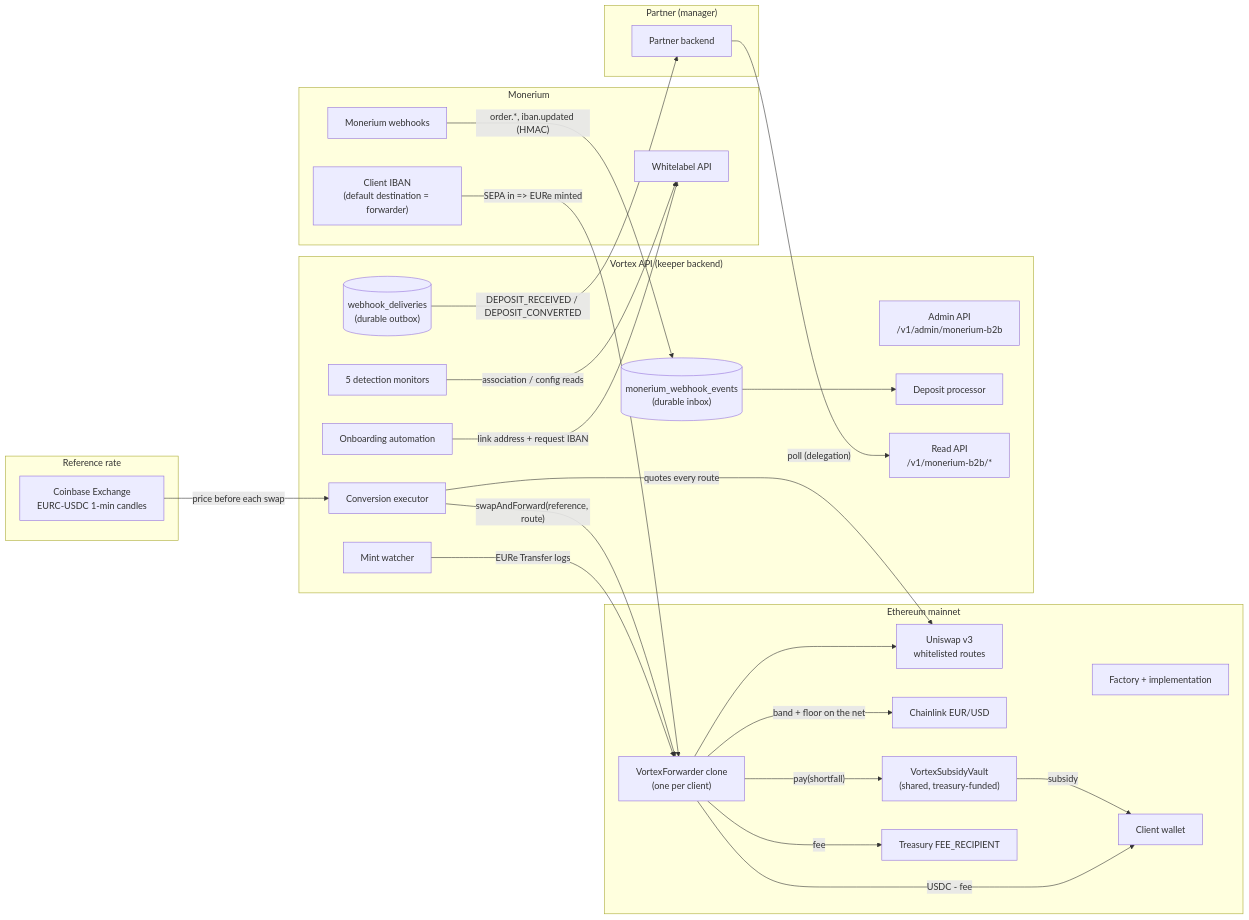
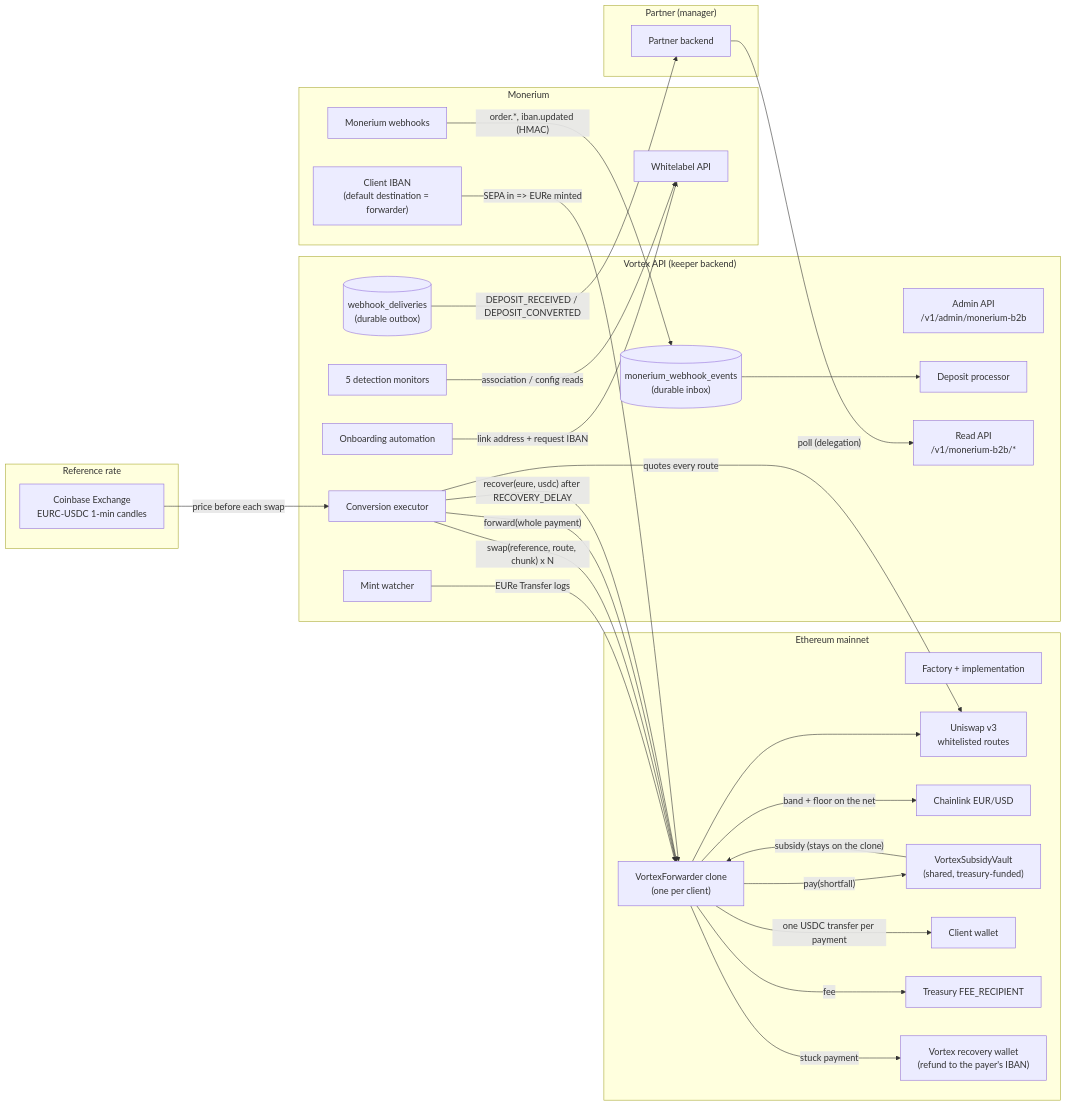
Before and after one commit to pendulum-chain/vortex: the first of 8 diagrams in docs/architecture-monerium-b2b-onramp.md, drawn with Mermaid. The commit also changed other lines of this file and 8 other files, not shown here.

First line of the commit message:
docs(repo): document whole-deposit settlement and the refund path

````diff
--- a/docs/architecture-monerium-b2b-onramp.md
+++ b/docs/architecture-monerium-b2b-onramp.md
@@ -37,56 +41,60 @@
 ```mermaid
 flowchart LR
     subgraph Partner["Partner (manager)"]
         PAPI[Partner backend]
     end
 
     subgraph Monerium
         IBAN["Client IBAN\n(default destination = forwarder)"]
         MAPI[Whitelabel API]
         MWH[Monerium webhooks]
     end
 
     subgraph Chain["Ethereum mainnet"]
         FWD["VortexForwarder clone\n(one per client)"]
         FACT[Factory + implementation]
         UNI[Uniswap v3\nwhitelisted routes]
         LINK[Chainlink EUR/USD]
         VAULT["VortexSubsidyVault\n(shared, treasury-funded)"]
         DEST[Client wallet]
         TREAS[Treasury FEE_RECIPIENT]
+        RECOV["Vortex recovery wallet\n(refund to the payer's IBAN)"]
     end
 
     subgraph Reference["Reference rate"]
         CB[Coinbase Exchange\nEURC-USDC 1-min candles]
     end
 
     subgraph Vortex["Vortex API (keeper backend)"]
         ADM["Admin API\n/v1/admin/monerium-b2b"]
         INBOX[("monerium_webhook_events\n(durable inbox)")]
         DP[Deposit processor]
         MW[Mint watcher]
         CE[Conversion executor]
         ONB[Onboarding automation]
         MONI[5 detection monitors]
         OUTBOX[("webhook_deliveries\n(durable outbox)")]
         READ["Read API\n/v1/monerium-b2b/*"]
     end
 
     IBAN -- "SEPA in => EURe minted" --> FWD
     MWH -- "order.*, iban.updated (HMAC)" --> INBOX
     INBOX --> DP
     MW -- "EURe Transfer logs" --> FWD
     CB -- "price before each swap" --> CE
     CE -- "quotes every route" --> UNI
-    CE -- "swapAndForward(reference, route)" --> FWD
+    CE -- "swap(reference, route, chunk) x N" --> FWD
+    CE -- "forward(whole payment)" --> FWD
+    CE -- "recover(eure, usdc) after RECOVERY_DELAY" --> FWD
     FWD --> UNI
     FWD -- "band + floor on the net" --> LINK
-    FWD -- "USDC - fee" --> DEST
+    FWD -- "one USDC transfer per payment" --> DEST
     FWD -- fee --> TREAS
     FWD -- "pay(shortfall)" --> VAULT
-    VAULT -- subsidy --> DEST
+    VAULT -- "subsidy (stays on the clone)" --> FWD
+    FWD -- "stuck payment" --> RECOV
     ONB -- "link address + request IBAN" --> MAPI
     MONI -- "association / config reads" --> MAPI
     OUTBOX -- "DEPOSIT_RECEIVED / DEPOSIT_CONVERTED" --> PAPI
     PAPI -- "poll (delegation)" --> READ
 ```
````
